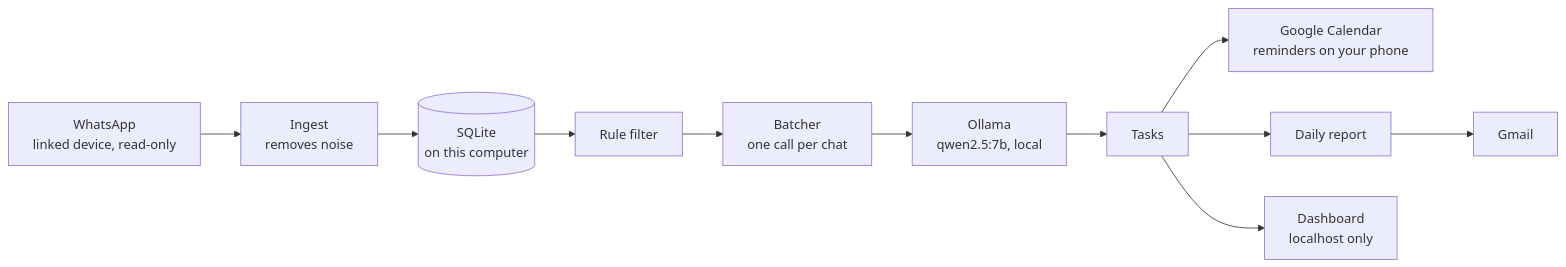
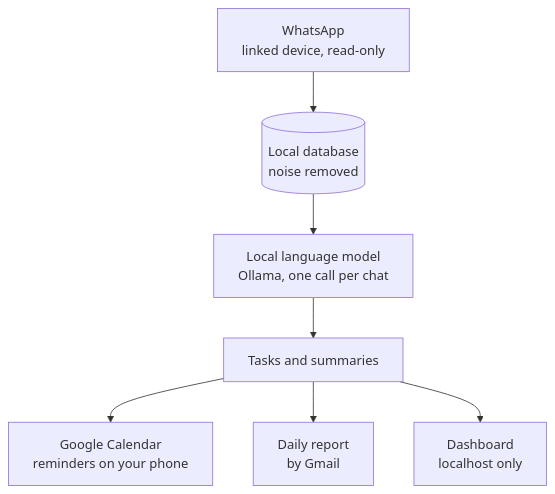
The diagram in README.md (Codex-Crusader/whatsapp-task-bot), drawn with Mermaid before and after one commit.

Commit message:
Make the README diagram easier to read

````diff
--- a/README.md
+++ b/README.md
@@ -52,13 +52,9 @@
 ```mermaid
-flowchart LR
-  WA["WhatsApp<br/>linked device, read-only"] --> IN["Ingest<br/>removes noise"]
-  IN --> DB[("SQLite<br/>on this computer")]
-  DB --> RF["Rule filter"]
-  RF --> BA["Batcher<br/>one call per chat"]
-  BA --> LM["Ollama<br/>qwen2.5:7b, local"]
-  LM --> TK["Tasks"]
+flowchart TD
+  WA["WhatsApp<br/>linked device, read-only"] --> DB[("Local database<br/>noise removed")]
+  DB --> LM["Local language model<br/>Ollama, one call per chat"]
+  LM --> TK["Tasks and summaries"]
   TK --> CAL["Google Calendar<br/>reminders on your phone"]
-  TK --> REP["Daily report"]
-  REP --> MAIL["Gmail"]
+  TK --> MAIL["Daily report<br/>by Gmail"]
   TK --> UI["Dashboard<br/>localhost only"]
 ```
````
